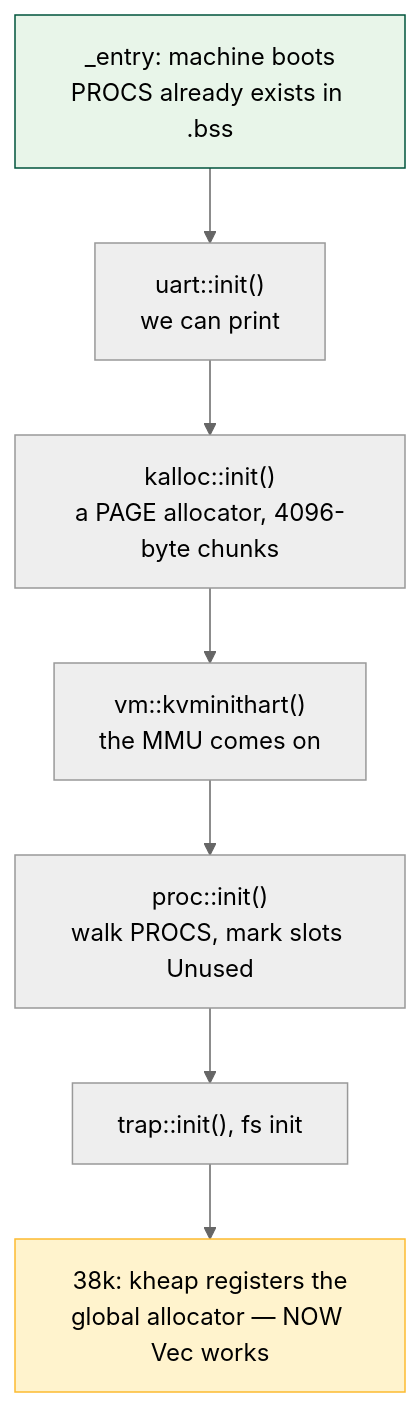
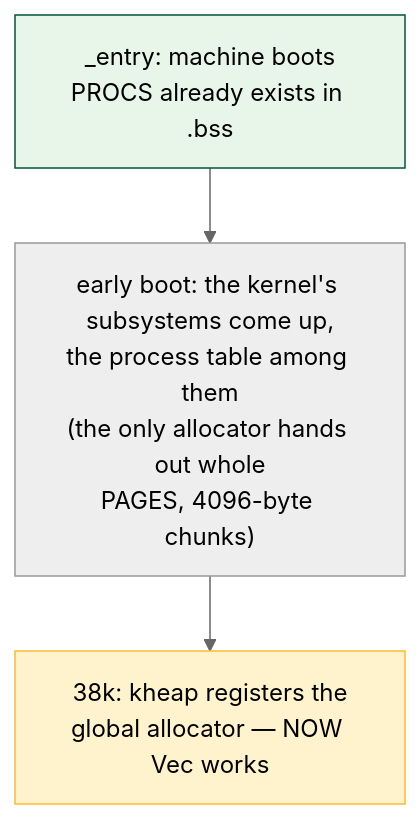
Before and after one commit to USF-CS326-F26/USF-CS326-F26.github.io: the diagram in docs/lectures/03-cs326-2026-09-08-collections-slices-and-fixed-tables.md, drawn with Mermaid (neutral theme). The commit also changed other lines of this file and 48 other files, not shown here.

````diff
--- a/docs/lectures/03-cs326-2026-09-08-collections-slices-and-fixed-tables.md
+++ b/docs/lectures/03-cs326-2026-09-08-collections-slices-and-fixed-tables.md
@@ -334,11 +333,7 @@
 ```mermaid
 flowchart TD
-    A["_entry: machine boots\nPROCS already exists in .bss"] --> B["uart::init()\nwe can print"]
-    B --> C["kalloc::init()\na PAGE allocator, 4096-byte chunks"]
-    C --> D["vm::kvminithart()\nthe MMU comes on"]
-    D --> E["proc::init()\nwalk PROCS, mark slots Unused"]
-    E --> F["trap::init(), fs init"]
-    F --> G["38k: kheap registers the\nglobal allocator — NOW Vec works"]
+    A["_entry: machine boots\nPROCS already exists in .bss"] --> B["early boot: the kernel's subsystems come up,\nthe process table among them\n(the only allocator hands out whole\nPAGES, 4096-byte chunks)"]
+    B --> G["38k: kheap registers the\nglobal allocator — NOW Vec works"]
     style A fill:#e8f5e9,stroke:#00543c
     style G fill:#fff3cd,stroke:#FDBB30
 ```
````
